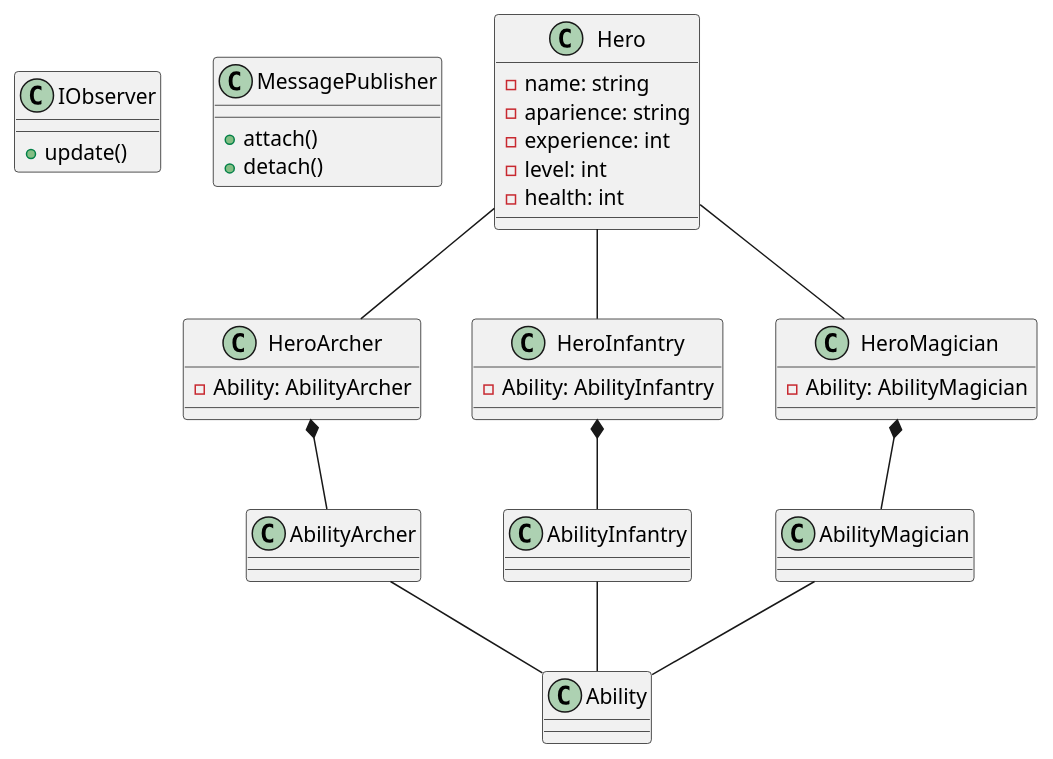
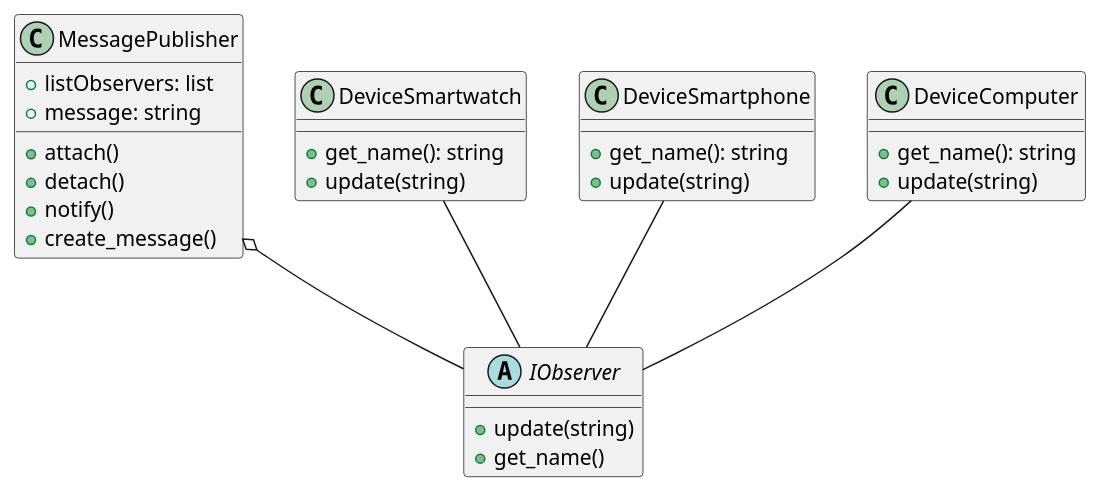
One commit to oscarquiroz94/designPatterns changed the diagram in Observer/Architecture/classDiagram.puml. Above: the diagram before and after it, drawn with PlantUML. The commit also changed 1 other file, not shown here.

Commit message:
diagram class observer

```diff
--- a/Observer/Architecture/classDiagram.puml
+++ b/Observer/Architecture/classDiagram.puml
@@ -1,40 +1,36 @@
 @startuml classDiagram
-class IObserver {
-    +update()
+abstract class IObserver {
+    +update(string)
+    +get_name()
 }
 
 class MessagePublisher{
+    +listObservers: list
+    +message: string
     +attach()
     +detach()
+    +notify()
+    +create_message()
+}
+
+class DeviceSmartwatch{
+    +get_name(): string
+    +update(string)
+}
+class DeviceSmartphone{
+    +get_name(): string
+    +update(string)
+}
+class DeviceComputer{
+    +get_name(): string
+    +update(string)
 }
 
 
+DeviceComputer -- IObserver
+DeviceSmartphone -- IObserver
+DeviceSmartwatch -- IObserver
+MessagePublisher o-- IObserver
 
-AbilityArcher -- Ability
-AbilityInfantry -- Ability
-AbilityMagician -- Ability
 
-class Hero{
-  -name: string
-  -aparience: string
-  -experience: int
-  -level: int
-  -health: int
-}
-class HeroArcher {
-  -Ability: AbilityArcher
-}
-class HeroInfantry {
-  -Ability: AbilityInfantry
-}
-class HeroMagician {
-  -Ability: AbilityMagician
-}
-Hero -- HeroArcher
-Hero -- HeroInfantry 
-Hero -- HeroMagician
-
-HeroArcher *-- AbilityArcher
-HeroInfantry *-- AbilityInfantry
-HeroMagician *-- AbilityMagician
 @enduml
```
